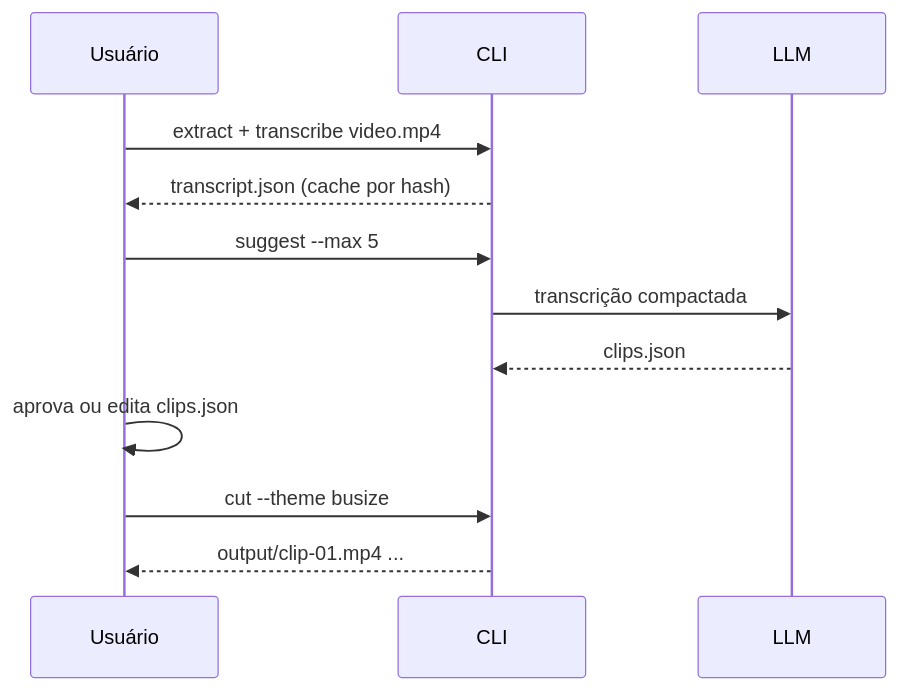
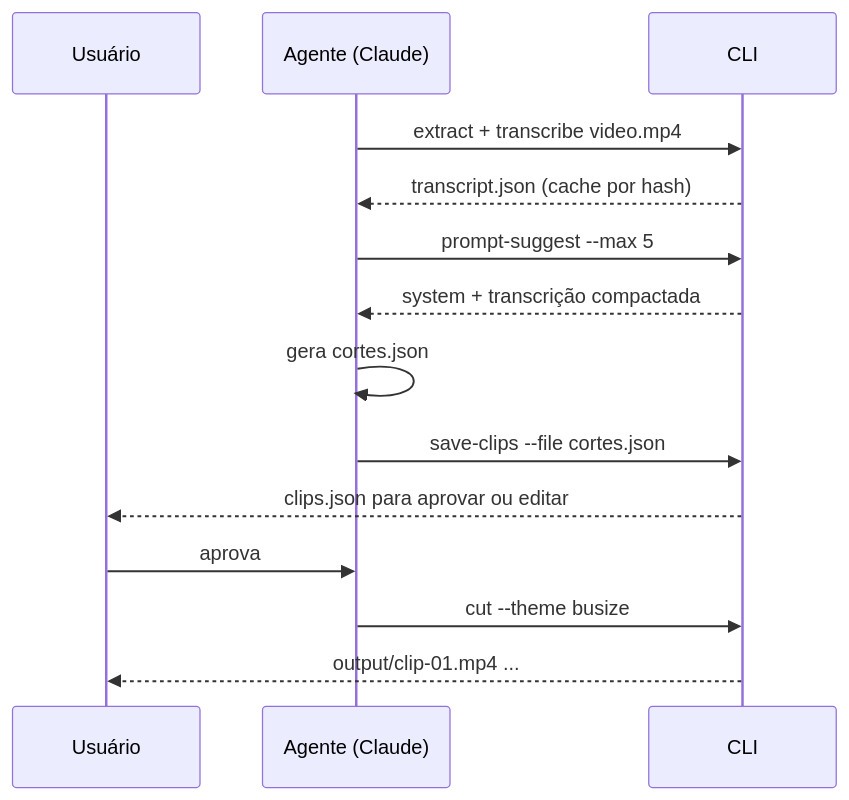
The first of 2 diagrams in sdd/spec/flows.md (nathanramorim/reel-studio), drawn with Mermaid before and after one commit. The commit also changed other lines of this file and 19 other files, not shown here.

First line of the commit message:
feat: gerar cortes e roteiro pelo agente, sem OpenRouter dentro do Claude Code

````diff
--- a/sdd/spec/flows.md
+++ b/sdd/spec/flows.md
@@ -4,14 +4,16 @@
 ```mermaid
 sequenceDiagram
   participant U as Usuário
+  participant A as Agente (Claude)
   participant C as CLI
-  participant L as LLM
-  U->>C: extract + transcribe video.mp4
-  C-->>U: transcript.json (cache por hash)
-  U->>C: suggest --max 5
-  C->>L: transcrição compactada
-  L-->>C: clips.json
-  U->>U: aprova ou edita clips.json
-  U->>C: cut --theme busize
+  A->>C: extract + transcribe video.mp4
+  C-->>A: transcript.json (cache por hash)
+  A->>C: prompt-suggest --max 5
+  C-->>A: system + transcrição compactada
+  A->>A: gera cortes.json
+  A->>C: save-clips --file cortes.json
+  C-->>U: clips.json para aprovar ou editar
+  U->>A: aprova
+  A->>C: cut --theme busize
   C-->>U: output/clip-01.mp4 ...
 ```
````
